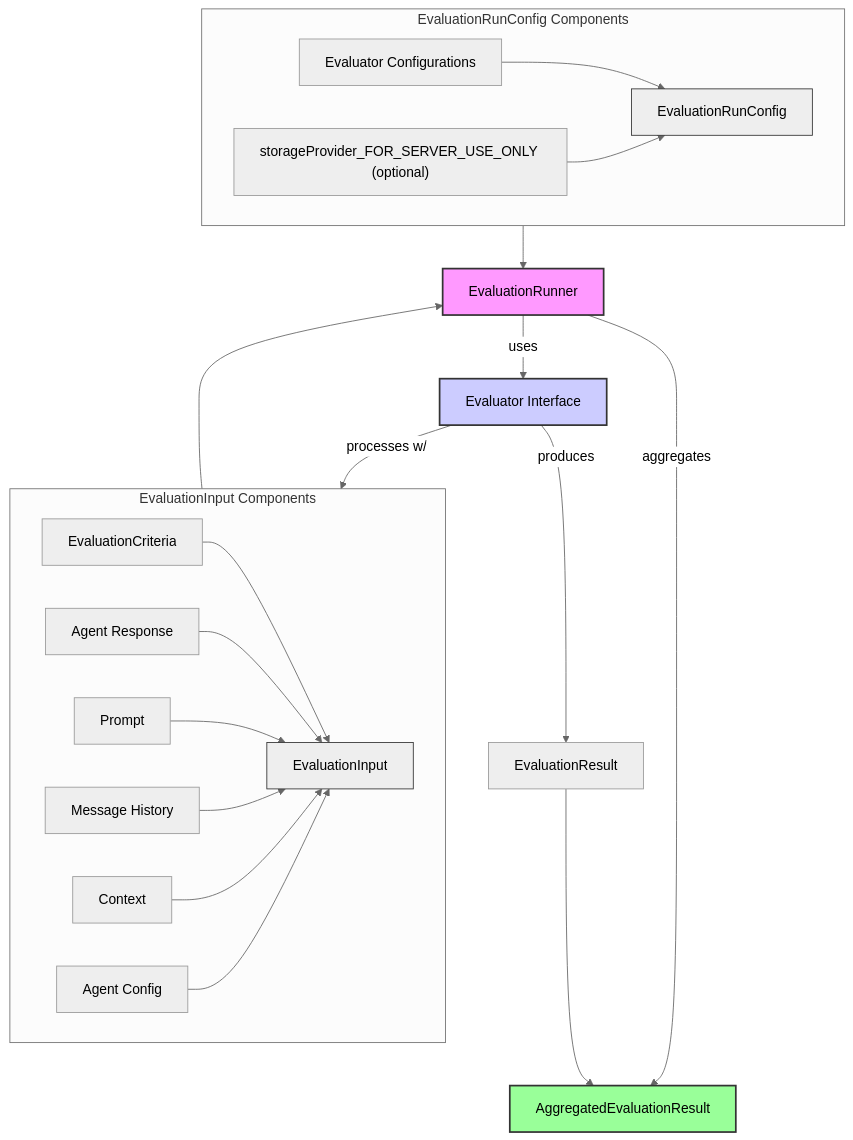
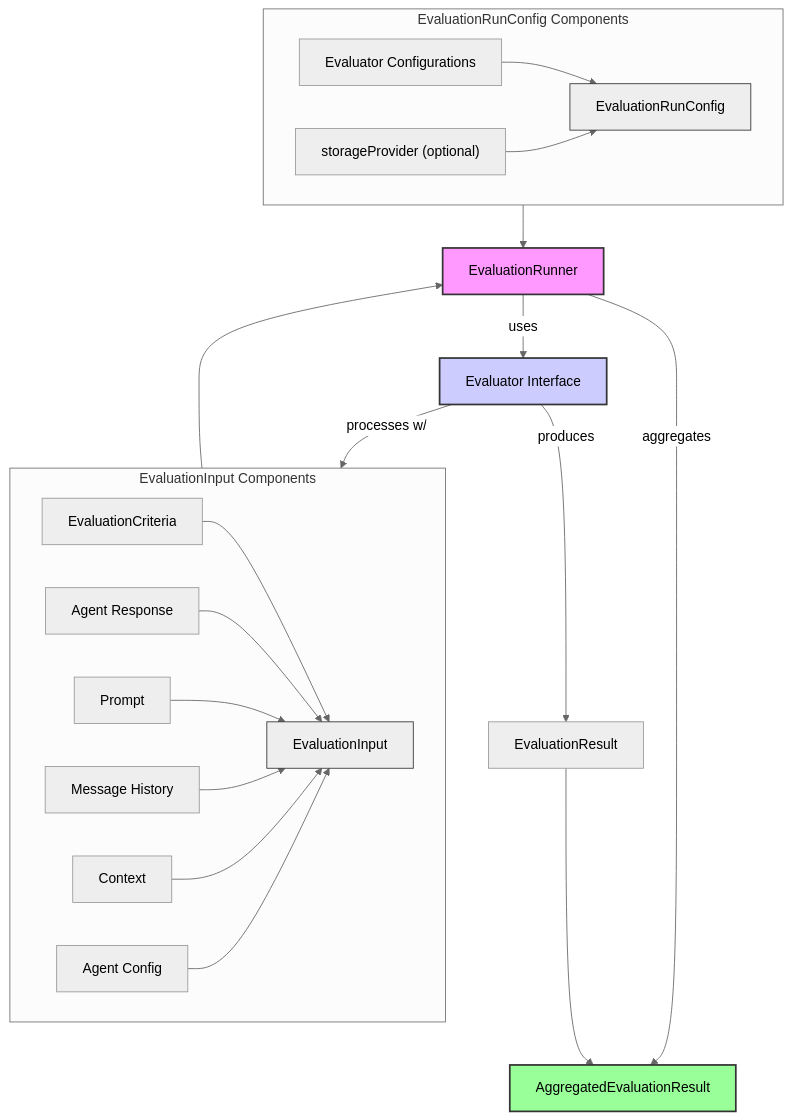
The first of 2 diagrams in docs/evaluations/README.md (AgentDock/AgentDock), drawn with Mermaid (neutral theme) before and after one commit. The commit also changed other lines of this file and 13 other files, not shown here.

````diff
--- a/docs/evaluations/README.md
+++ b/docs/evaluations/README.md
@@ -20,42 +20,42 @@
 ```mermaid
 graph TD
     A[EvaluationInput] --> ER[EvaluationRunner]
     ARC[EvaluationRunConfig] --> ER
 
     subgraph EvaluationInput Components
         direction LR
         A_crit[EvaluationCriteria]
         A_resp[Agent Response]
         A_prom[Prompt]
         A_hist[Message History]
         A_cont[Context]
         A_conf[Agent Config]
         A_crit --> A
         A_resp --> A
         A_prom --> A
         A_hist --> A
         A_cont --> A
         A_conf --> A
     end
 
     subgraph EvaluationRunConfig Components
         direction LR
         ARC_eval_configs[Evaluator Configurations]
-        ARC_storage["storageProvider_FOR_SERVER_USE_ONLY (optional)"]
+        ARC_storage["storageProvider (optional)"]
         ARC_eval_configs --> ARC
         ARC_storage --> ARC
     end
 
     ER -- uses --> E[Evaluator Interface]
     E -- processes w/ --> A_crit
     E -- produces --> RES[EvaluationResult]
     
     ER -- aggregates --> AGG[AggregatedEvaluationResult]
     RES --> AGG
 
     style ER fill:#f9f,stroke:#333,stroke-width:2px
     style E fill:#ccf,stroke:#333,stroke-width:2px
     style AGG fill:#9f9,stroke:#333,stroke-width:2px
     style A fill:#lightgrey,stroke:#333
     style ARC fill:#lightgrey,stroke:#333
 ```
````
